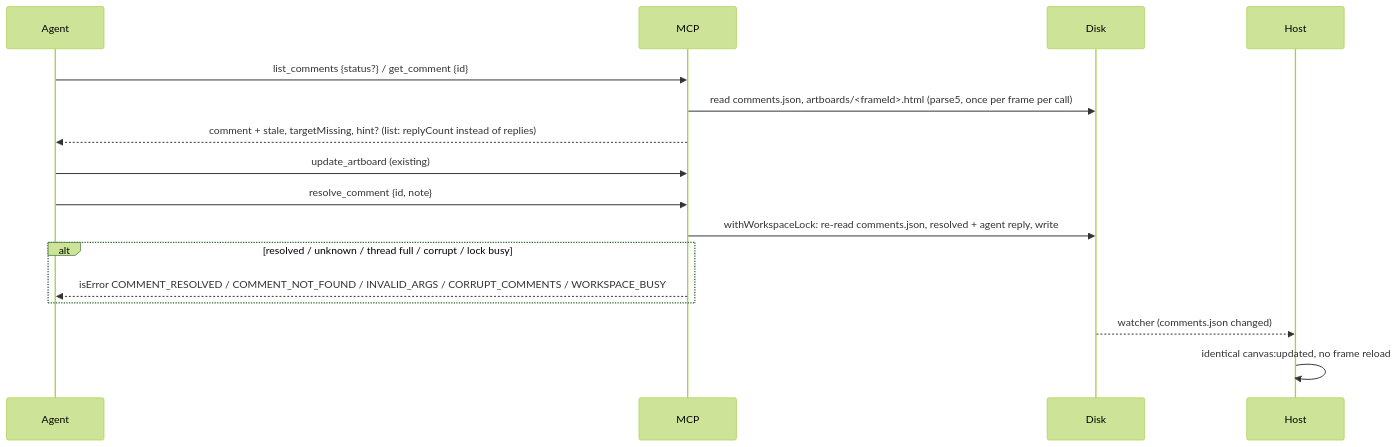
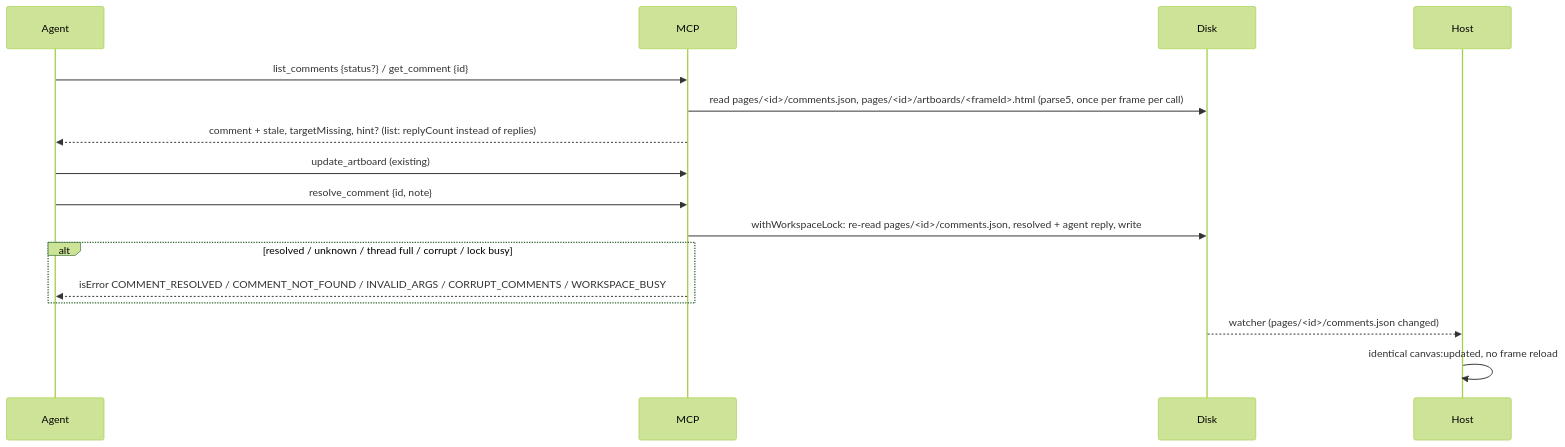
The third of 16 diagrams in blueprint/context/system-map.md (MarekBombera/cursor-design-extension), drawn with Mermaid (forest theme) before and after one commit. The commit also changed other lines of this file and 57 other files, not shown here.

````diff
--- a/blueprint/context/system-map.md
+++ b/blueprint/context/system-map.md
@@ -93,18 +177,18 @@
 ```mermaid
 sequenceDiagram
   participant A as Agent
   participant M as MCP
   participant D as Disk
   participant H as Host
   A->>M: list_comments {status?} / get_comment {id}
-  M->>D: read comments.json, artboards/<frameId>.html (parse5, once per frame per call)
+  M->>D: read pages/<id>/comments.json, pages/<id>/artboards/<frameId>.html (parse5, once per frame per call)
   M-->>A: comment + stale, targetMissing, hint? (list: replyCount instead of replies)
   A->>M: update_artboard (existing)
   A->>M: resolve_comment {id, note}
-  M->>D: withWorkspaceLock: re-read comments.json, resolved + agent reply, write
+  M->>D: withWorkspaceLock: re-read pages/<id>/comments.json, resolved + agent reply, write
   alt resolved / unknown / thread full / corrupt / lock busy
     M-->>A: isError COMMENT_RESOLVED / COMMENT_NOT_FOUND / INVALID_ARGS / CORRUPT_COMMENTS / WORKSPACE_BUSY
   end
-  D-->>H: watcher (comments.json changed)
+  D-->>H: watcher (pages/<id>/comments.json changed)
   H->>H: identical canvas:updated, no frame reload
 ```
````
